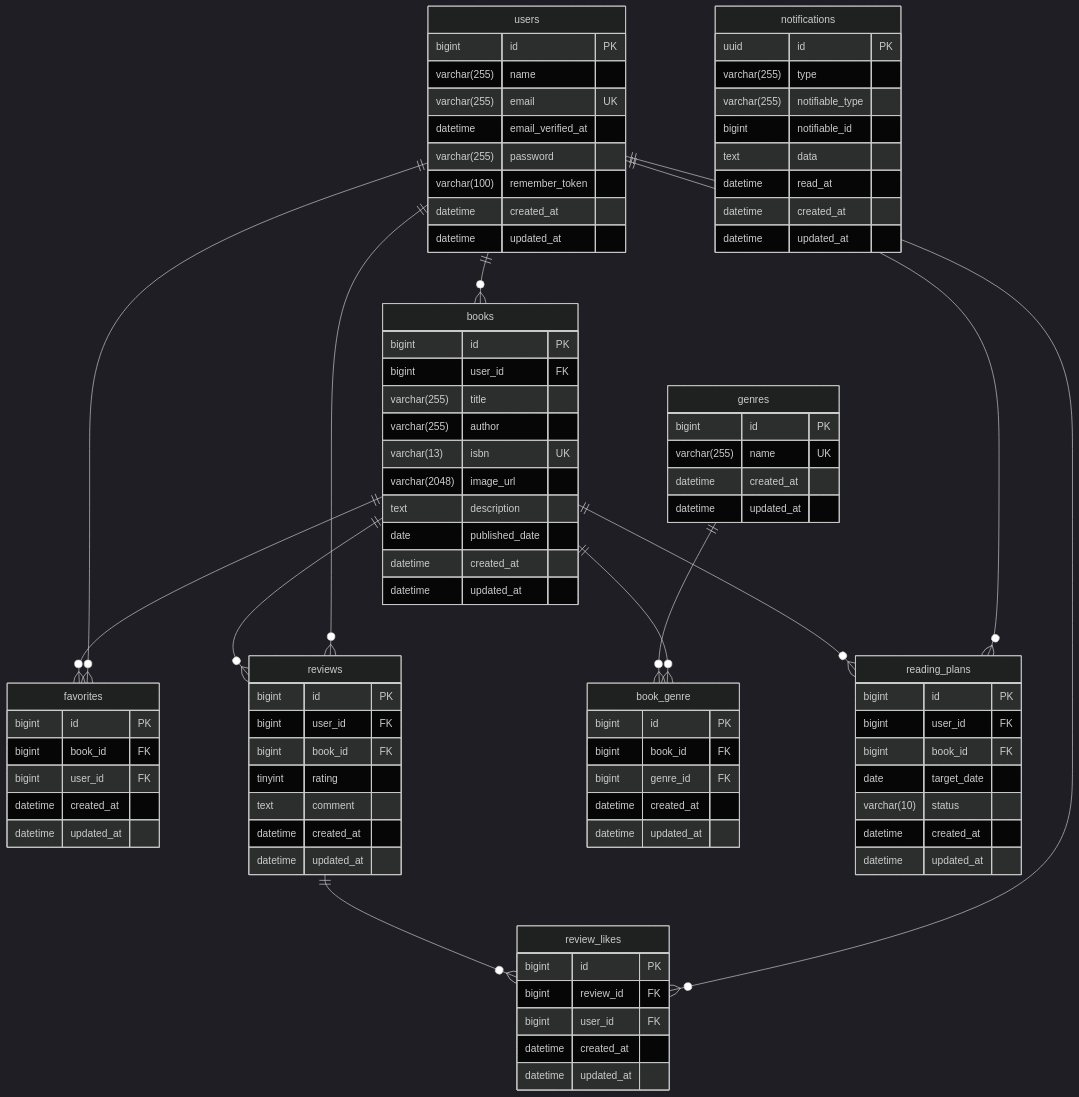
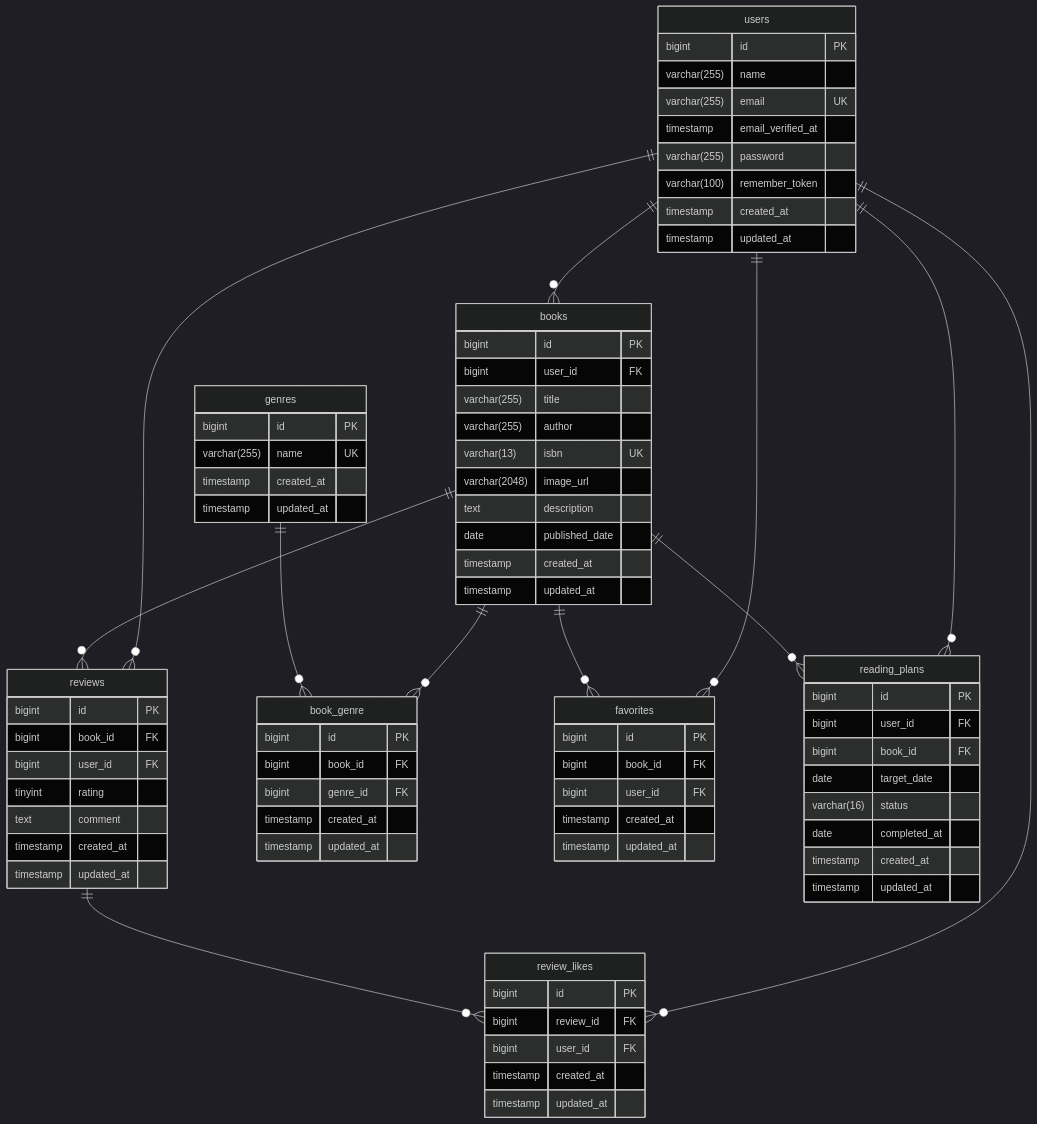
The diagram in README.md (Yji-9261/bookshelf-app), drawn with Mermaid (dark theme) before and after one commit. The commit also changed other lines of this file and 107 other files, not shown here.

````diff
--- a/README.md
+++ b/README.md
@@ -3,27 +226,15 @@
 ```mermaid
 erDiagram
-
-users ||--o{ books : ""
-users ||--o{ favorites : ""
-books ||--o{ favorites : ""
-users ||--o{ reviews : ""
-users ||--o{ review_likes : ""
-reviews ||--o{ review_likes : ""
-books ||--o{ reviews : ""
-books ||--o{ book_genre : ""
-genres ||--o{ book_genre : ""
-users ||--o{ reading_plans : ""
-books ||--o{ reading_plans : ""
 
 users{
     bigint id PK
     varchar(255) name
     varchar(255) email UK
-    datetime email_verified_at
+    timestamp email_verified_at
     varchar(255) password
     varchar(100) remember_token
-    datetime created_at
-    datetime updated_at
+    timestamp created_at
+    timestamp updated_at
 }
 
 books{
@@ -35,49 +246,49 @@
     varchar(2048) image_url
     text description
     date published_date
-    datetime created_at
-    datetime updated_at
+    timestamp created_at
+    timestamp updated_at
 }
 
 genres{
     bigint id PK
     varchar(255) name UK
-    datetime created_at
-    datetime updated_at
+    timestamp created_at
+    timestamp updated_at
 }
 
 reviews{
     bigint id PK
+    bigint book_id FK
     bigint user_id FK
-    bigint book_id FK
     tinyint rating
     text comment
-    datetime created_at
-    datetime updated_at
+    timestamp created_at
+    timestamp updated_at
 }
 
 book_genre{
     bigint id PK
     bigint book_id FK
     bigint genre_id FK
-    datetime created_at
-    datetime updated_at
+    timestamp created_at
+    timestamp updated_at
 }
 
 review_likes{
     bigint id PK
     bigint review_id FK
     bigint user_id FK
-    datetime created_at
-    datetime updated_at
+    timestamp created_at
+    timestamp updated_at
 }
 
 favorites{
     bigint id PK
     bigint book_id FK
     bigint user_id FK
-    datetime created_at
-    datetime updated_at
+    timestamp created_at
+    timestamp updated_at
 }
 
 reading_plans{
@@ -85,20 +296,21 @@
     bigint user_id FK
     bigint book_id FK
     date target_date
-    varchar(10) status
-    datetime created_at
-    datetime updated_at
+    varchar(16) status
+    date completed_at
+    timestamp created_at
+    timestamp updated_at
 }
 
-notifications{
-    uuid id PK
-    varchar(255) type
-    varchar(255) notifiable_type
-    bigint notifiable_id
-    text data
-    datetime read_at
-    datetime created_at
-    datetime updated_at
-}
-
+users ||--o{ books : ""
+users ||--o{ favorites : ""
+users ||--o{ reviews : ""
+users ||--o{ review_likes : ""
+users ||--o{ reading_plans : ""
+books ||--o{ favorites : ""
+books ||--o{ reviews : ""
+books ||--o{ book_genre : ""
+books ||--o{ reading_plans : ""
+reviews ||--o{ review_likes : ""
+genres ||--o{ book_genre : ""
 ```
````
